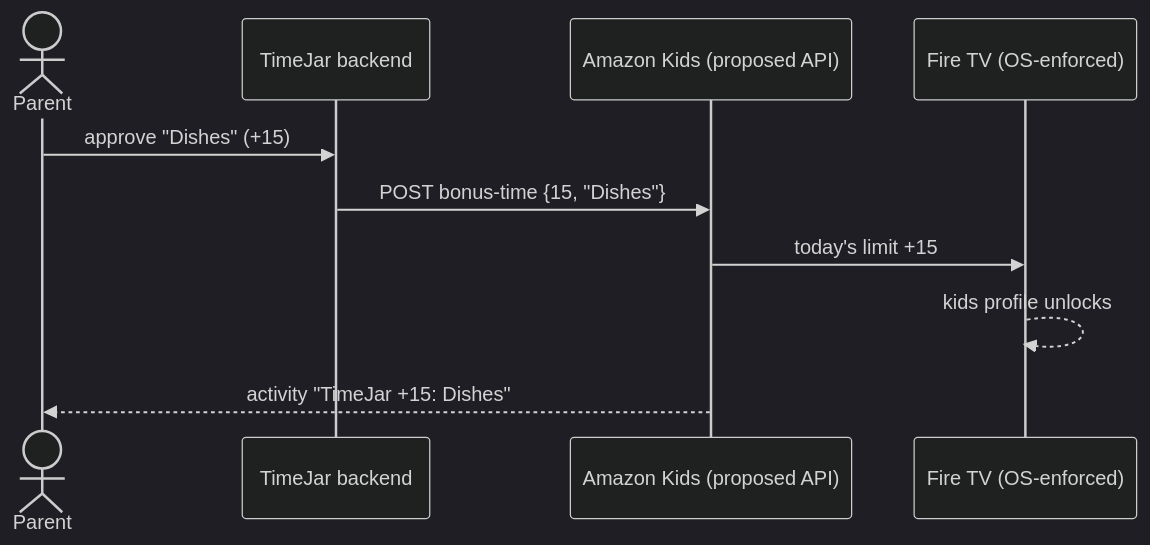
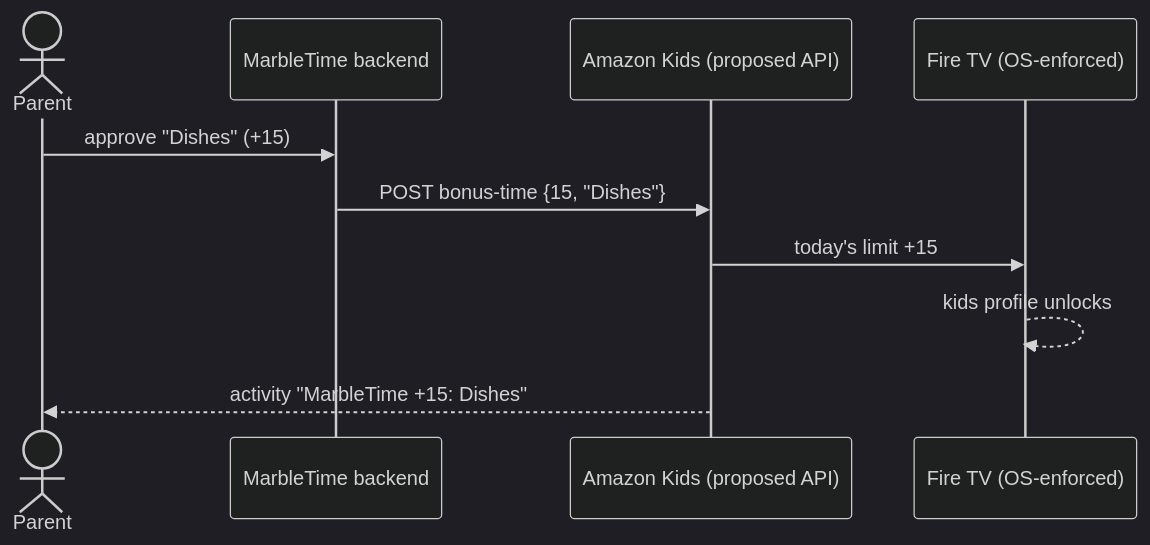
Before and after one commit to ksvslk/MarbleTime: the diagram in docs/07-earned-time-api.md, drawn with Mermaid (dark theme). The commit also changed other lines of this file and 61 other files, not shown here.

First line of the commit message:
M0 results + M1 first cut: MarbleTime runs on the Fire TV stick

````diff
--- a/docs/07-earned-time-api.md
+++ b/docs/07-earned-time-api.md
@@ -35,12 +35,12 @@
 ```mermaid
 sequenceDiagram
   actor Parent
-  participant TJ as TimeJar backend
+  participant TJ as MarbleTime backend
   participant AK as Amazon Kids (proposed API)
   participant TV as Fire TV (OS-enforced)
   Parent->>TJ: approve "Dishes" (+15)
   TJ->>AK: POST bonus-time {15, "Dishes"}
   AK->>TV: today's limit +15
   TV-->>TV: kids profile unlocks
-  AK-->>Parent: activity "TimeJar +15: Dishes"
+  AK-->>Parent: activity "MarbleTime +15: Dishes"
 ```
````
